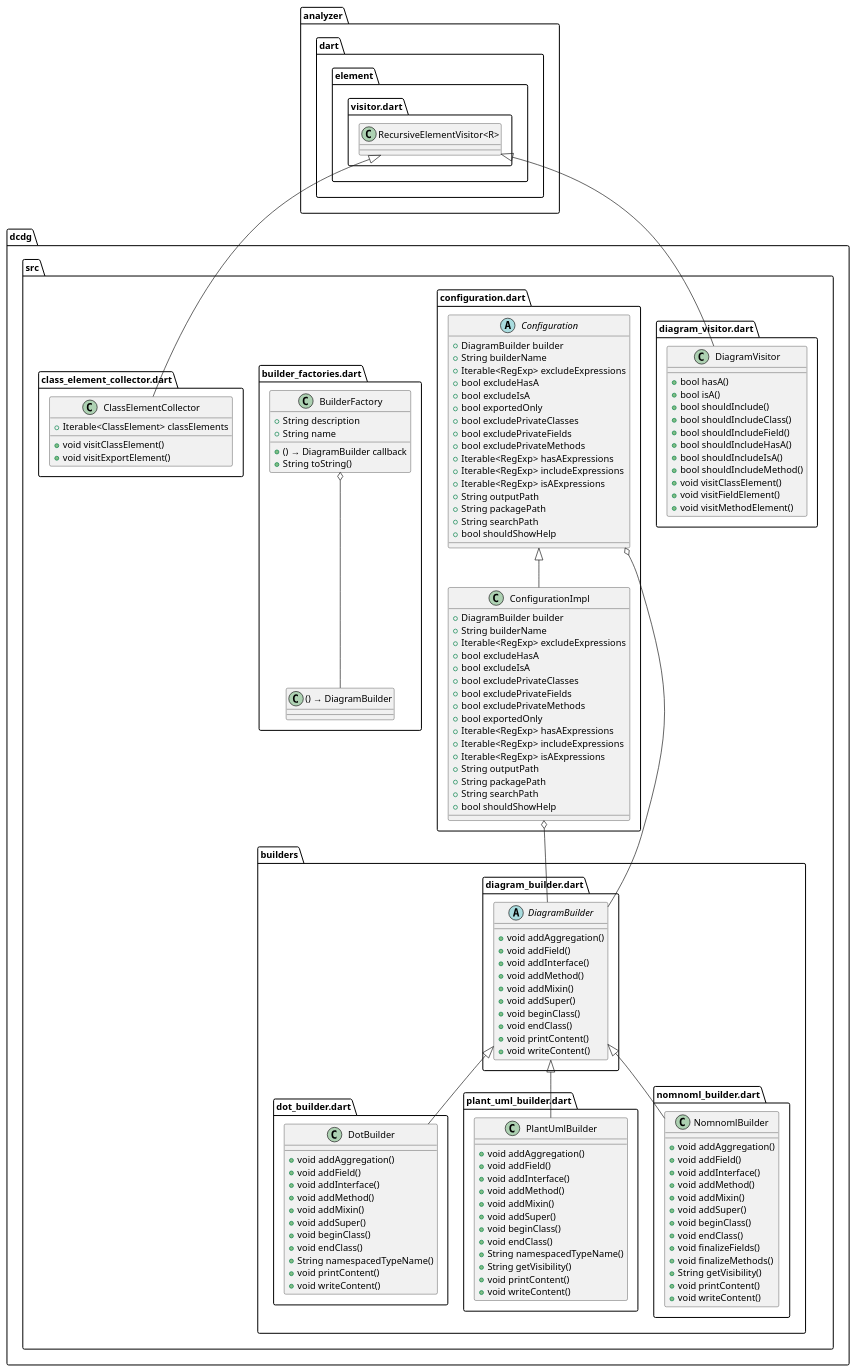
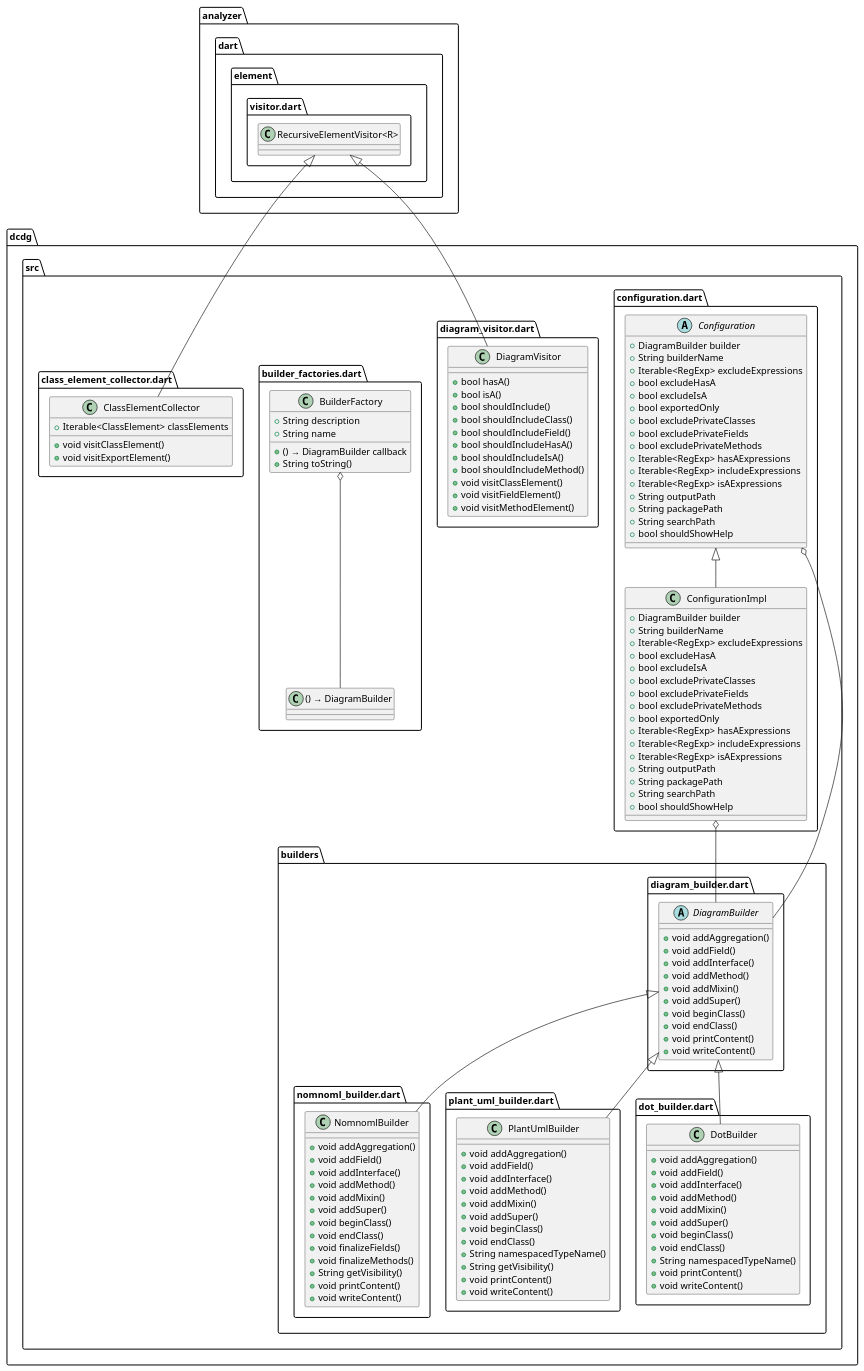
Before and after one commit to glesica/dcdg.dart: the diagram in example/dcdg.puml, drawn with PlantUML. The commit also changed 6 other files, not shown here.

Commit message:
Implement nomnoml and finish builder refactor

```diff
--- a/example/dcdg.puml
+++ b/example/dcdg.puml
@@ -1,154 +1,145 @@
 @startuml
 set namespaceSeparator ::
-
-class "dcdg::src::diagram_visitor.dart::DiagramVisitor" {
-  +bool hasA()
-  +bool isA()
-  +bool shouldInclude()
-  +bool shouldIncludeClass()
-  +bool shouldIncludeField()
-  +bool shouldIncludeHasA()
-  +bool shouldIncludeIsA()
-  +bool shouldIncludeMethod()
-  +void visitClassElement()
-  +void visitFieldElement()
-  +void visitMethodElement()
-}
-
-"analyzer::dart::element::visitor.dart::RecursiveElementVisitor<R>" <|-- "dcdg::src::diagram_visitor.dart::DiagramVisitor"
-
-
-class "dcdg::src::builders::dot_builder.dart::DotBuilder" {
-  +void addAggregation()
-  +void addField()
-  +void addInterface()
-  +void addMethod()
-  +void addMixin()
-  +void addSuper()
-  +void beginClass()
-  +void endClass()
-  +String namespacedTypeName()
-  +void printContent()
-  +void writeContent()
-}
-
-"dcdg::src::builders::diagram_builder.dart::DiagramBuilder" <|-- "dcdg::src::builders::dot_builder.dart::DotBuilder"
-
-
-class "dcdg::src::builders::plant_uml_builder.dart::PlantUmlBuilder" {
-  +void addAggregation()
-  +void addField()
-  +void addInterface()
-  +void addMethod()
-  +void addMixin()
-  +void addSuper()
-  +void beginClass()
-  +void endClass()
-  +String namespacedTypeName()
-  +String getVisibility()
-  +void printContent()
-  +void writeContent()
-}
-
-"dcdg::src::builders::diagram_builder.dart::DiagramBuilder" <|-- "dcdg::src::builders::plant_uml_builder.dart::PlantUmlBuilder"
-
-
-abstract class "dcdg::src::builders::diagram_builder.dart::DiagramBuilder" {
-  +void addAggregation()
-  +void addField()
-  +void addInterface()
-  +void addMethod()
-  +void addMixin()
-  +void addSuper()
-  +void beginClass()
-  +void endClass()
-  +void printContent()
-  +void writeContent()
-}
-
-
-
-class "dcdg::src::builders::nomnoml_builder.dart::NomnomlBuilder" {
-  +void addAggregation()
-  +void addField()
-  +void addInterface()
-  +void addMethod()
-  +void addMixin()
-  +void addSuper()
-  +void beginClass()
-  +void endClass()
-  +void finalizeFields()
-  +void finalizeMethods()
-  +String getVisibility()
-  +void printContent()
-  +void writeContent()
-}
-
-"dcdg::src::builders::diagram_builder.dart::DiagramBuilder" <|-- "dcdg::src::builders::nomnoml_builder.dart::NomnomlBuilder"
-
 
 abstract class "dcdg::src::configuration.dart::Configuration" {
   +DiagramBuilder builder
   +String builderName
   +Iterable<RegExp> excludeExpressions
   +bool excludeHasA
   +bool excludeIsA
   +bool exportedOnly
   +bool excludePrivateClasses
   +bool excludePrivateFields
   +bool excludePrivateMethods
   +Iterable<RegExp> hasAExpressions
   +Iterable<RegExp> includeExpressions
   +Iterable<RegExp> isAExpressions
   +String outputPath
   +String packagePath
   +String searchPath
   +bool shouldShowHelp
 }
 
 "dcdg::src::configuration.dart::Configuration" o-- "dcdg::src::builders::diagram_builder.dart::DiagramBuilder"
-
 
 class "dcdg::src::configuration.dart::ConfigurationImpl" {
   +DiagramBuilder builder
   +String builderName
   +Iterable<RegExp> excludeExpressions
   +bool excludeHasA
   +bool excludeIsA
   +bool excludePrivateClasses
   +bool excludePrivateFields
   +bool excludePrivateMethods
   +bool exportedOnly
   +Iterable<RegExp> hasAExpressions
   +Iterable<RegExp> includeExpressions
   +Iterable<RegExp> isAExpressions
   +String outputPath
   +String packagePath
   +String searchPath
   +bool shouldShowHelp
 }
 
 "dcdg::src::configuration.dart::ConfigurationImpl" o-- "dcdg::src::builders::diagram_builder.dart::DiagramBuilder"
 "dcdg::src::configuration.dart::Configuration" <|-- "dcdg::src::configuration.dart::ConfigurationImpl"
 
+class "dcdg::src::diagram_visitor.dart::DiagramVisitor" {
+  +bool hasA()
+  +bool isA()
+  +bool shouldInclude()
+  +bool shouldIncludeClass()
+  +bool shouldIncludeField()
+  +bool shouldIncludeHasA()
+  +bool shouldIncludeIsA()
+  +bool shouldIncludeMethod()
+  +void visitClassElement()
+  +void visitFieldElement()
+  +void visitMethodElement()
+}
+
+"analyzer::dart::element::visitor.dart::RecursiveElementVisitor<R>" <|-- "dcdg::src::diagram_visitor.dart::DiagramVisitor"
+
+class "dcdg::src::builders::nomnoml_builder.dart::NomnomlBuilder" {
+  +void addAggregation()
+  +void addField()
+  +void addInterface()
+  +void addMethod()
+  +void addMixin()
+  +void addSuper()
+  +void beginClass()
+  +void endClass()
+  +void finalizeFields()
+  +void finalizeMethods()
+  +String getVisibility()
+  +void printContent()
+  +void writeContent()
+}
+
+"dcdg::src::builders::diagram_builder.dart::DiagramBuilder" <|-- "dcdg::src::builders::nomnoml_builder.dart::NomnomlBuilder"
+
+class "dcdg::src::builders::plant_uml_builder.dart::PlantUmlBuilder" {
+  +void addAggregation()
+  +void addField()
+  +void addInterface()
+  +void addMethod()
+  +void addMixin()
+  +void addSuper()
+  +void beginClass()
+  +void endClass()
+  +String namespacedTypeName()
+  +String getVisibility()
+  +void printContent()
+  +void writeContent()
+}
+
+"dcdg::src::builders::diagram_builder.dart::DiagramBuilder" <|-- "dcdg::src::builders::plant_uml_builder.dart::PlantUmlBuilder"
+
+class "dcdg::src::builders::dot_builder.dart::DotBuilder" {
+  +void addAggregation()
+  +void addField()
+  +void addInterface()
+  +void addMethod()
+  +void addMixin()
+  +void addSuper()
+  +void beginClass()
+  +void endClass()
+  +String namespacedTypeName()
+  +void printContent()
+  +void writeContent()
+}
+
+"dcdg::src::builders::diagram_builder.dart::DiagramBuilder" <|-- "dcdg::src::builders::dot_builder.dart::DotBuilder"
+
+abstract class "dcdg::src::builders::diagram_builder.dart::DiagramBuilder" {
+  +void addAggregation()
+  +void addField()
+  +void addInterface()
+  +void addMethod()
+  +void addMixin()
+  +void addSuper()
+  +void beginClass()
+  +void endClass()
+  +void printContent()
+  +void writeContent()
+}
 
 class "dcdg::src::builder_factories.dart::BuilderFactory" {
   +() → DiagramBuilder callback
   +String description
   +String name
   +String toString()
 }
 
 "dcdg::src::builder_factories.dart::BuilderFactory" o-- "dcdg::src::builder_factories.dart::() → DiagramBuilder"
-
 
 class "dcdg::src::class_element_collector.dart::ClassElementCollector" {
   +Iterable<ClassElement> classElements
   +void visitClassElement()
   +void visitExportElement()
 }
 
 "analyzer::dart::element::visitor.dart::RecursiveElementVisitor<R>" <|-- "dcdg::src::class_element_collector.dart::ClassElementCollector"
 
 
 @enduml
```
